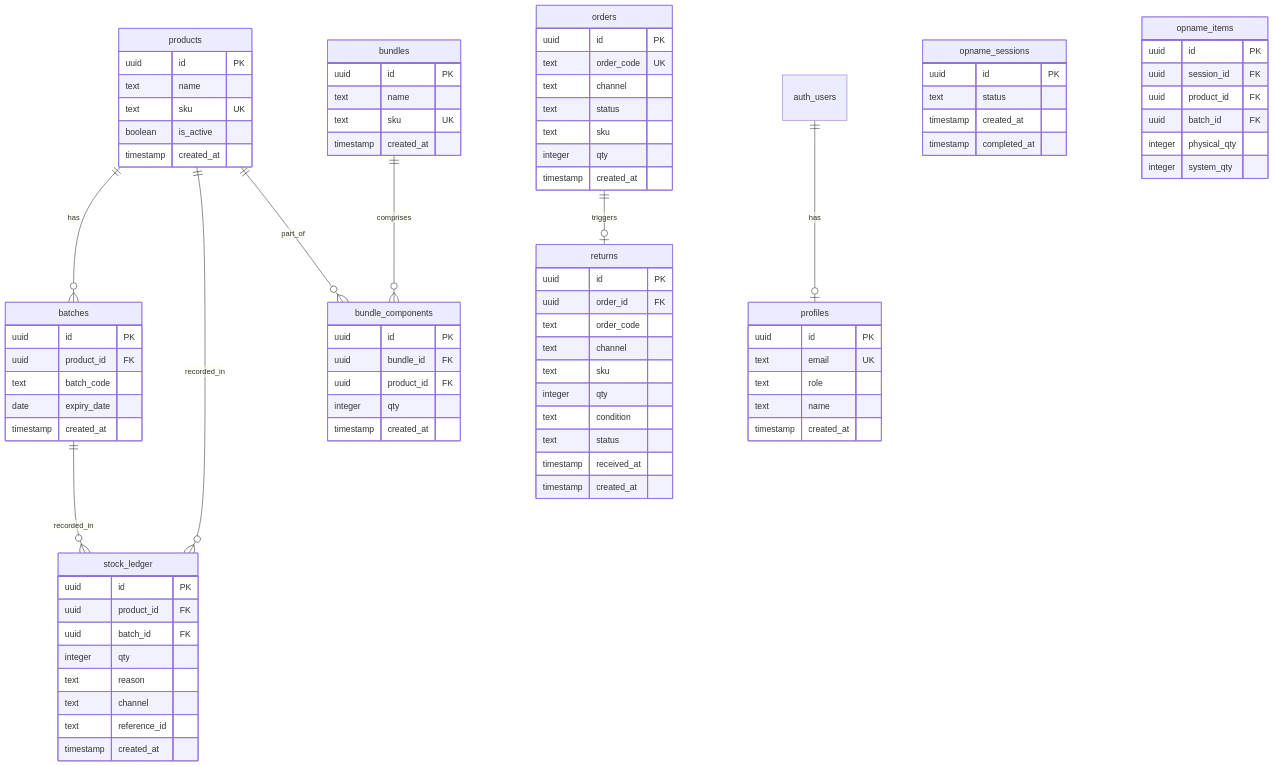
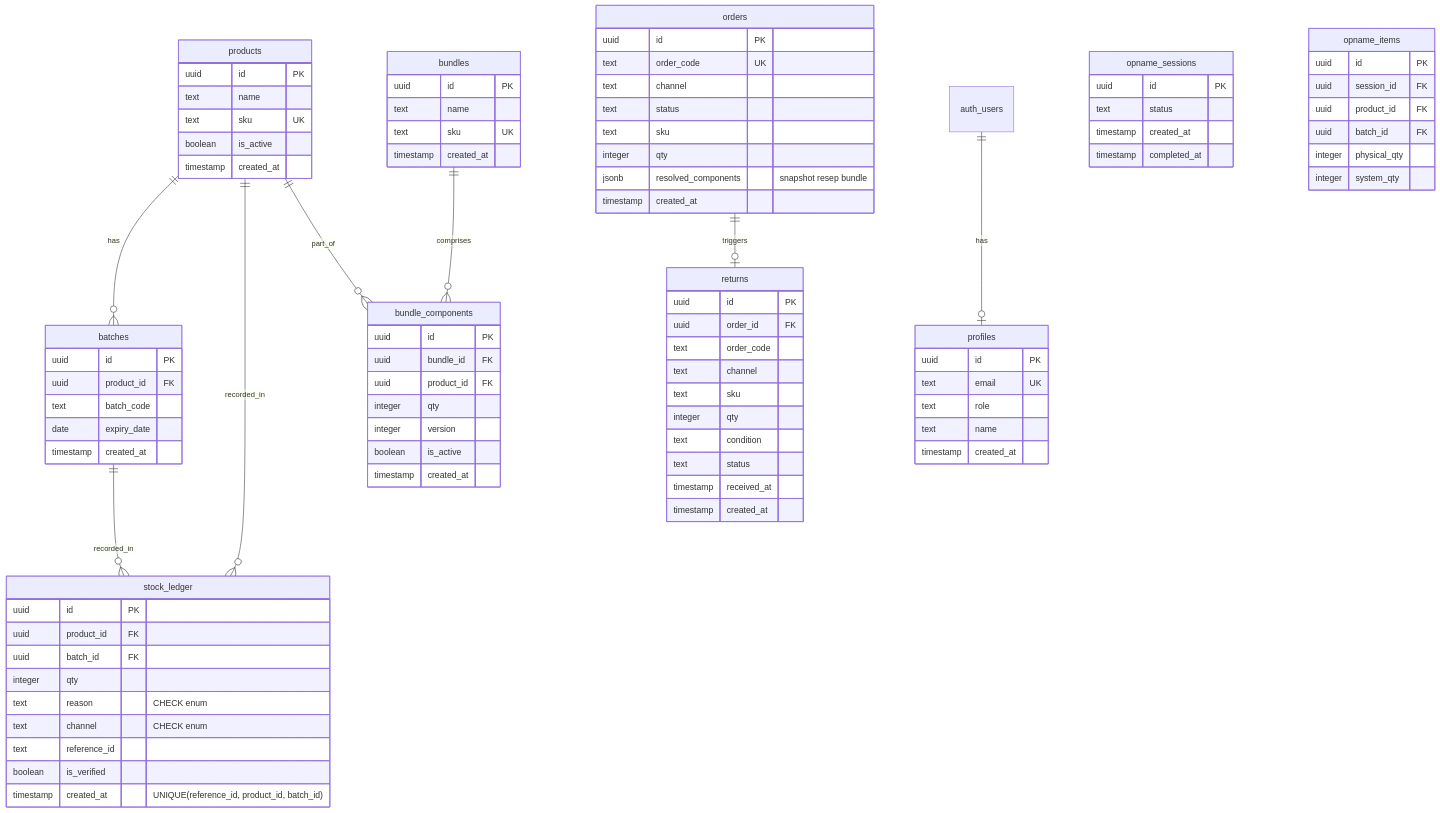
Before and after one commit to noval-abdillah/VibeDev-Bounty: the diagram in README.md, drawn with Mermaid. The commit also changed other lines of this file, not shown here.

```diff
--- a/README.md
+++ b/README.md
@@ -153,10 +164,12 @@
         uuid product_id FK
         uuid batch_id FK
         integer qty
-        text reason
-        text channel
+        text reason "CHECK enum"
+        text channel "CHECK enum"
         text reference_id
+        boolean is_verified
         timestamp created_at
+        "UNIQUE(reference_id, product_id, batch_id)"
     }
 
     bundles {
@@ -171,6 +184,8 @@
         uuid bundle_id FK
         uuid product_id FK
         integer qty
+        integer version
+        boolean is_active
         timestamp created_at
     }
 
@@ -181,6 +196,7 @@
         text status
         text sku
         integer qty
+        jsonb resolved_components "snapshot resep bundle"
         timestamp created_at
     }
 
```
